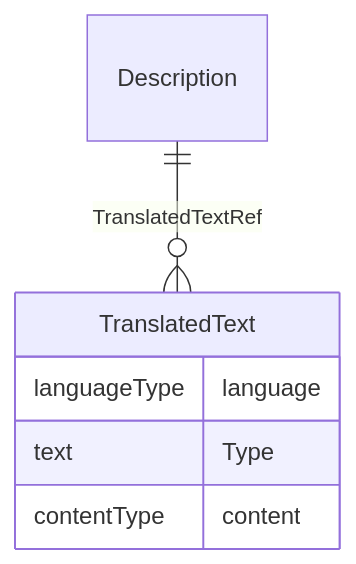
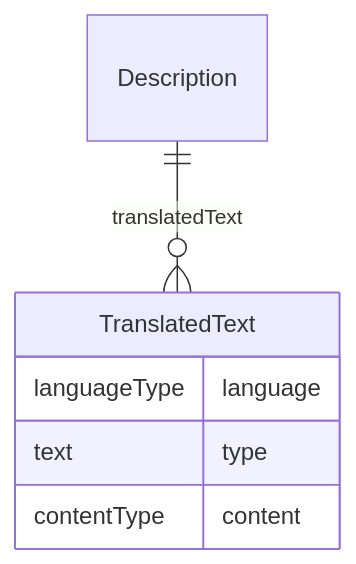
One commit to cdisc-org/DataExchange-ODM-LinkML changed the diagram in docs/Description.md. Above: the diagram before and after it, drawn with Mermaid. The commit also changed other lines of this file and 759 other files, not shown here.

````diff
--- a/docs/Description.md
+++ b/docs/Description.md
@@ -11,14 +11,14 @@
 ```mermaid
 erDiagram
 Description {
 
 }
 TranslatedText {
     languageType language  
-    text Type  
+    text type  
     contentType content  
 }
 
-Description ||--}o TranslatedText : "TranslatedTextRef"
+Description ||--}o TranslatedText : "translatedText"
 
 ```
````
